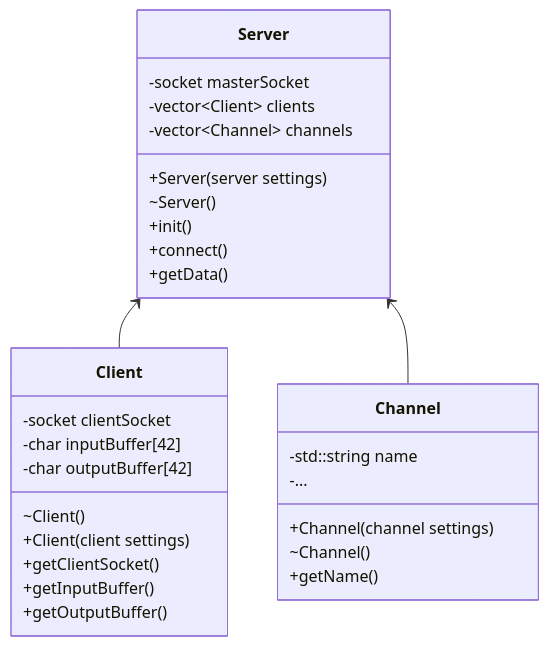
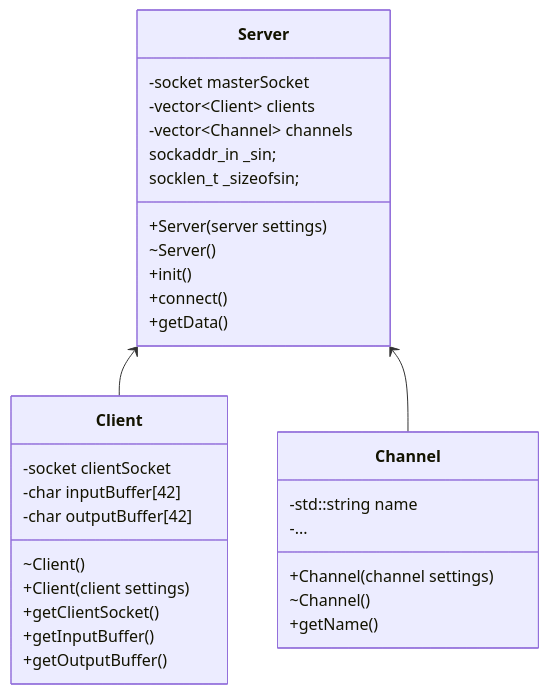
One commit to simon-ameye/42-ft_irc changed the second of 2 diagrams in Readme.md. Above: the diagram before and after it, drawn with Mermaid. The commit also changed 5 other files, not shown here.

````diff
--- a/Readme.md
+++ b/Readme.md
@@ -56,35 +58,35 @@
 ```mermaid
 classDiagram
     class Server{
         +Server(server settings)
-		~Server()
+        ~Server()
         -socket masterSocket
         -vector~Client~ clients
-		-vector~Channel~ channels
+        -vector~Channel~ channels
         +init()
         +connect()
         +getData()
+        sockaddr_in _sin;
+        socklen_t _sizeofsin;
     }
-
     class Client{
         ~Client()
         +Client(client settings)
         +getClientSocket()
         +getInputBuffer()
         +getOutputBuffer()
         -socket clientSocket
         -char inputBuffer[42]
         -char outputBuffer[42]
     }
-
     class Channel{
-		+Channel(channel settings)
-		~Channel()
-		-std::string name
-		+getName()
-		-...
+        +Channel(channel settings)
+        ~Channel()
+        -std::string name
+        +getName()
+        -...
     }
 
 Server <-- Client
 Server <-- Channel
 ```
````
